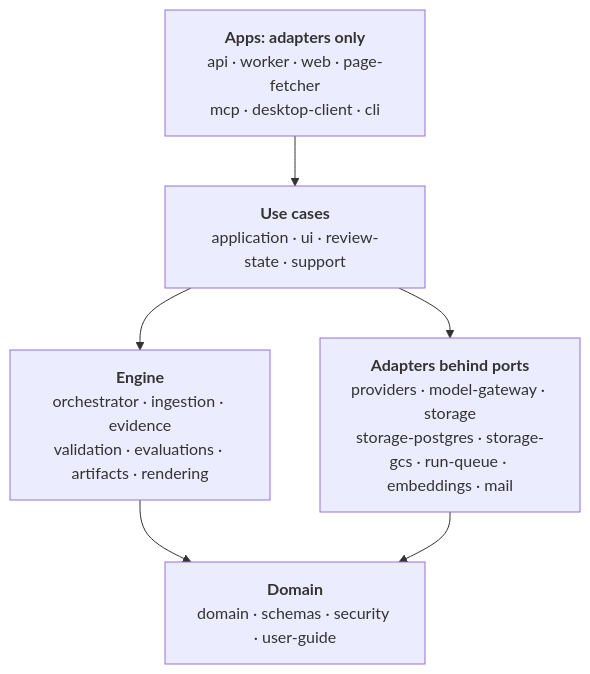
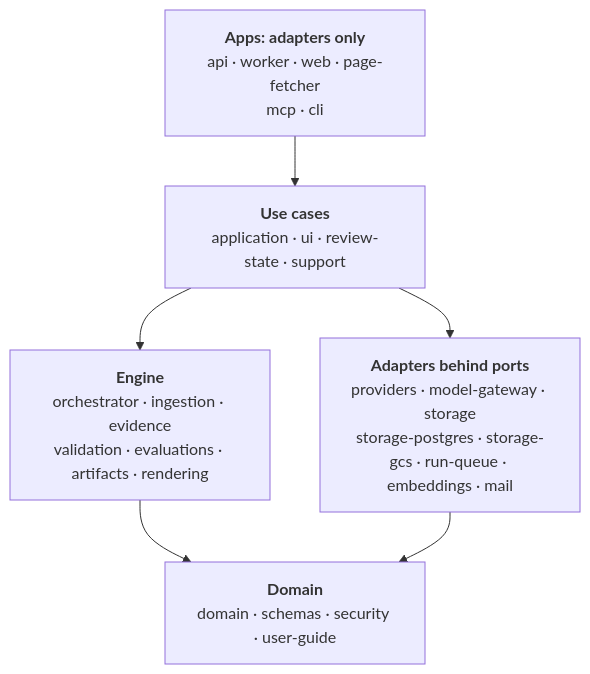
The fourth of 5 diagrams in docs/architecture/overview.md (akoita/draft-loop), drawn with Mermaid before and after one commit. The commit also changed other lines of this file and 11 other files, not shown here.

First line of the commit message:
Take the desktop app out of the diagrams and drop local-first wording

````diff
--- a/docs/architecture/overview.md
+++ b/docs/architecture/overview.md
@@ -198,13 +197,13 @@
 ```mermaid
 flowchart TB
-  apps["<b>Apps: adapters only</b><br/>api · worker · web · page-fetcher<br/>mcp · desktop-client · cli"]
+  apps["<b>Apps: adapters only</b><br/>api · worker · web · page-fetcher<br/>mcp · cli"]
   usecases["<b>Use cases</b><br/>application · ui · review-state · support"]
   engine["<b>Engine</b><br/>orchestrator · ingestion · evidence<br/>validation · evaluations · artifacts · rendering"]
   adapters["<b>Adapters behind ports</b><br/>providers · model-gateway · storage<br/>storage-postgres · storage-gcs · run-queue · embeddings · mail"]
   core["<b>Domain</b><br/>domain · schemas · security · user-guide"]
   apps --> usecases
   usecases --> engine
   usecases --> adapters
   engine --> core
   adapters --> core
 ```
````
